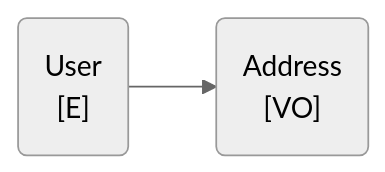
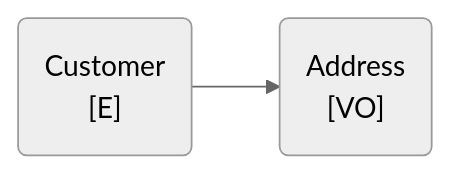
The seventh of 12 diagrams in software-dev/DDD.md (hoangbv15/my-notes), drawn with Mermaid (neutral theme) before and after one commit. The commit also changed other lines of this file, not shown here.

````diff
--- a/software-dev/DDD.md
+++ b/software-dev/DDD.md
@@ -236,6 +238,6 @@
 ```mermaid
 flowchart LR
-  U("User<br/>[E]")
+  U("Customer<br/>[E]")
   A1("Address<br/>[VO]")
   U --> A1
 ```
````
